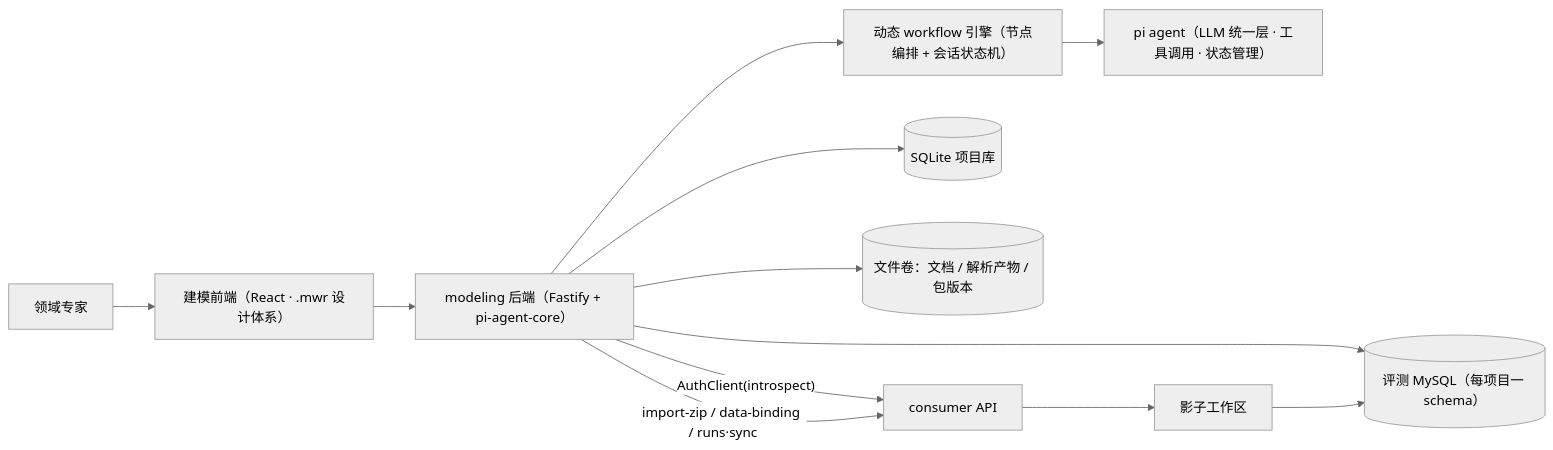
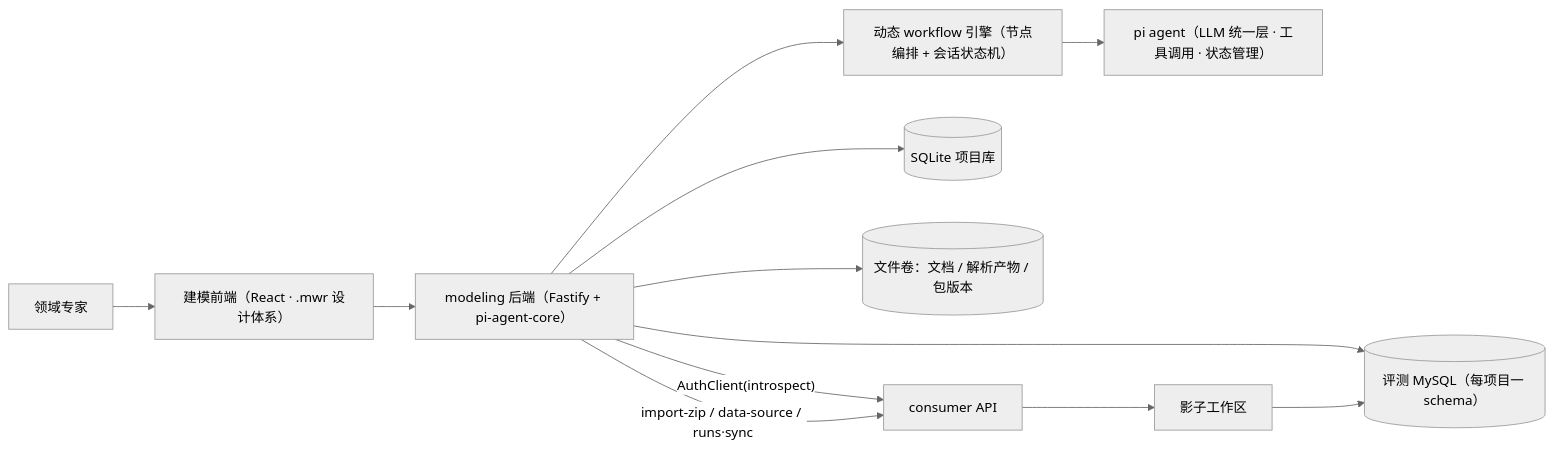
One commit to WangHaowen99/knowledge-scaffold changed the diagram in modeling/docs/design.md. Above: the diagram before and after it, drawn with Mermaid (neutral theme). The commit also changed other lines of this file and 53 other files, not shown here.

````diff
--- a/modeling/docs/design.md
+++ b/modeling/docs/design.md
@@ -28,14 +28,14 @@
 ```mermaid
 flowchart LR
   Expert["领域专家"] --> FE["建模前端（React · .mwr 设计体系）"]
   FE --> BE["modeling 后端（Fastify + pi-agent-core）"]
   BE --> WF["动态 workflow 引擎（节点编排 + 会话状态机）"]
   WF --> PI["pi agent（LLM 统一层 · 工具调用 · 状态管理）"]
   BE --> DB[("SQLite 项目库")]
   BE --> FS[("文件卷：文档 / 解析产物 / 包版本")]
   BE --> EVALDB[("评测 MySQL（每项目一 schema）")]
   BE -- "AuthClient(introspect)" --> Consumer["consumer API"]
-  BE -- "import-zip / data-binding / runs·sync" --> Consumer
+  BE -- "import-zip / data-source / runs·sync" --> Consumer
   Consumer --> Shadow["影子工作区"]
   Shadow --> EVALDB
 ```
````
